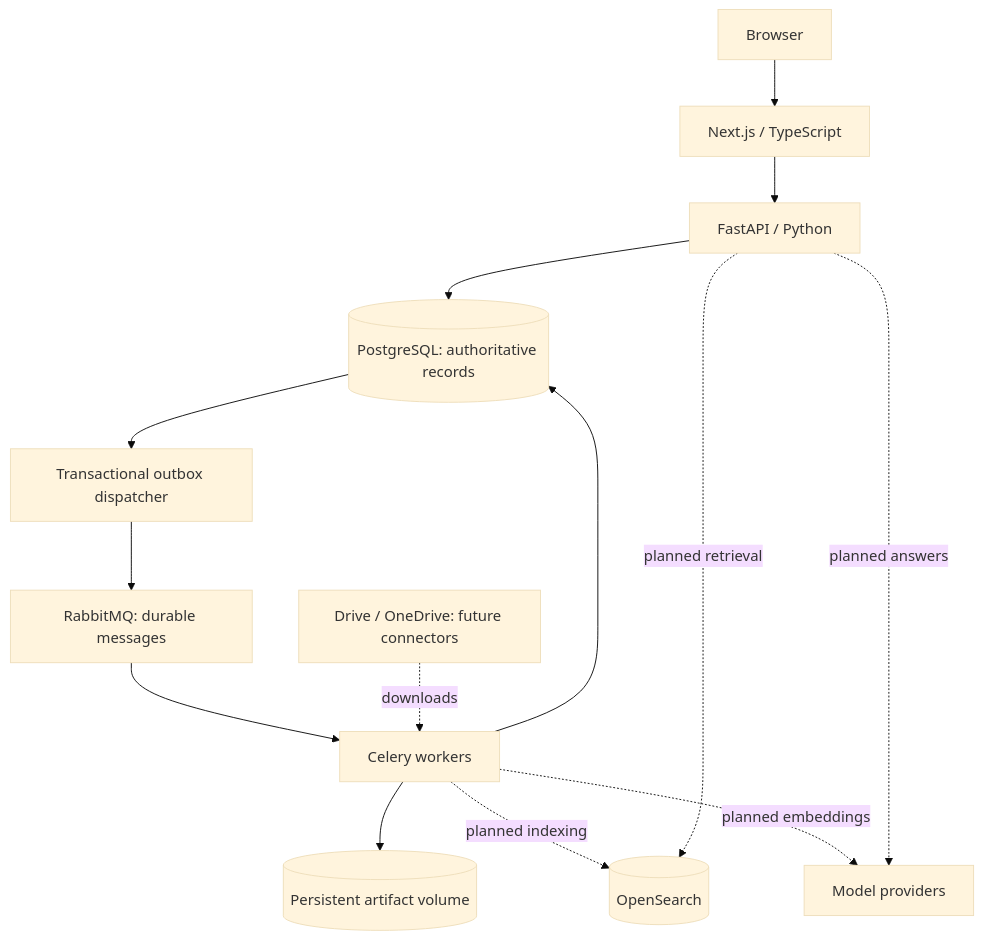
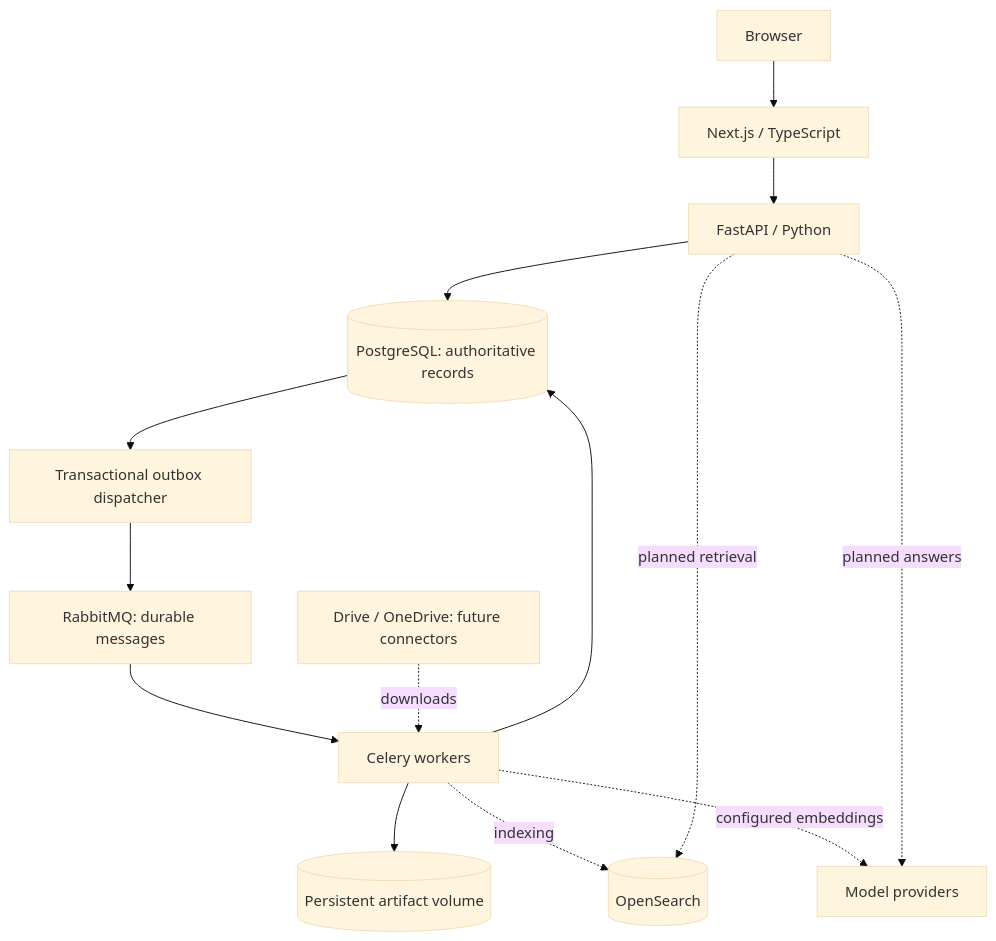
Before and after one commit to abhishekvpsingh/rag-platform: the diagram in rag-platform/infra/ARCHITECTURE.md, drawn with Mermaid (base theme). The commit also changed other lines of this file and 25 other files, not shown here.

Commit message:
feat(T007): verify source provenance and real OpenSearch ingestion

````diff
--- a/rag-platform/infra/ARCHITECTURE.md
+++ b/rag-platform/infra/ARCHITECTURE.md
@@ -6,16 +6,16 @@
 ```mermaid
 flowchart TD
   User[Browser] --> Web[Next.js / TypeScript]
   Web --> API[FastAPI / Python]
   API --> PG[(PostgreSQL: authoritative records)]
   PG --> Dispatcher[Transactional outbox dispatcher]
   Dispatcher --> MQ[RabbitMQ: durable messages]
   MQ --> Worker[Celery workers]
   Worker --> PG
   Worker --> Artifacts[(Persistent artifact volume)]
-  Worker -. planned indexing .-> Search[(OpenSearch)]
+  Worker -. indexing .-> Search[(OpenSearch)]
   Source[Drive / OneDrive: future connectors] -. downloads .-> Worker
-  Worker -. planned embeddings .-> Models[Model providers]
+  Worker -. configured embeddings .-> Models[Model providers]
   API -. planned retrieval .-> Search
   API -. planned answers .-> Models
 ```
````
